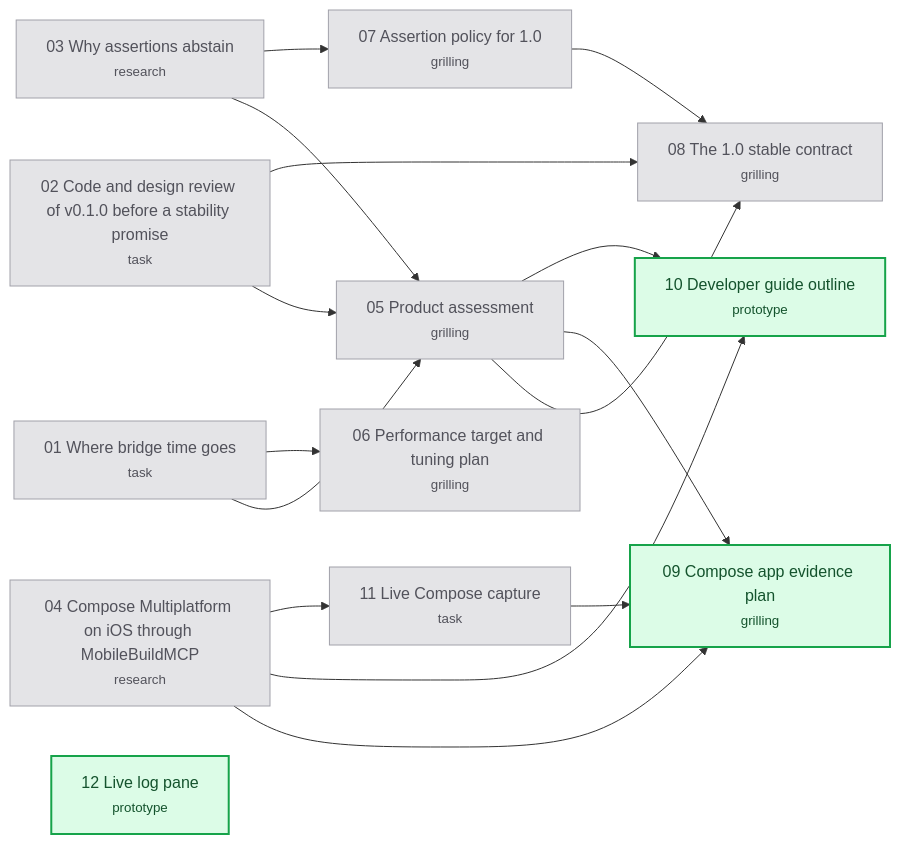
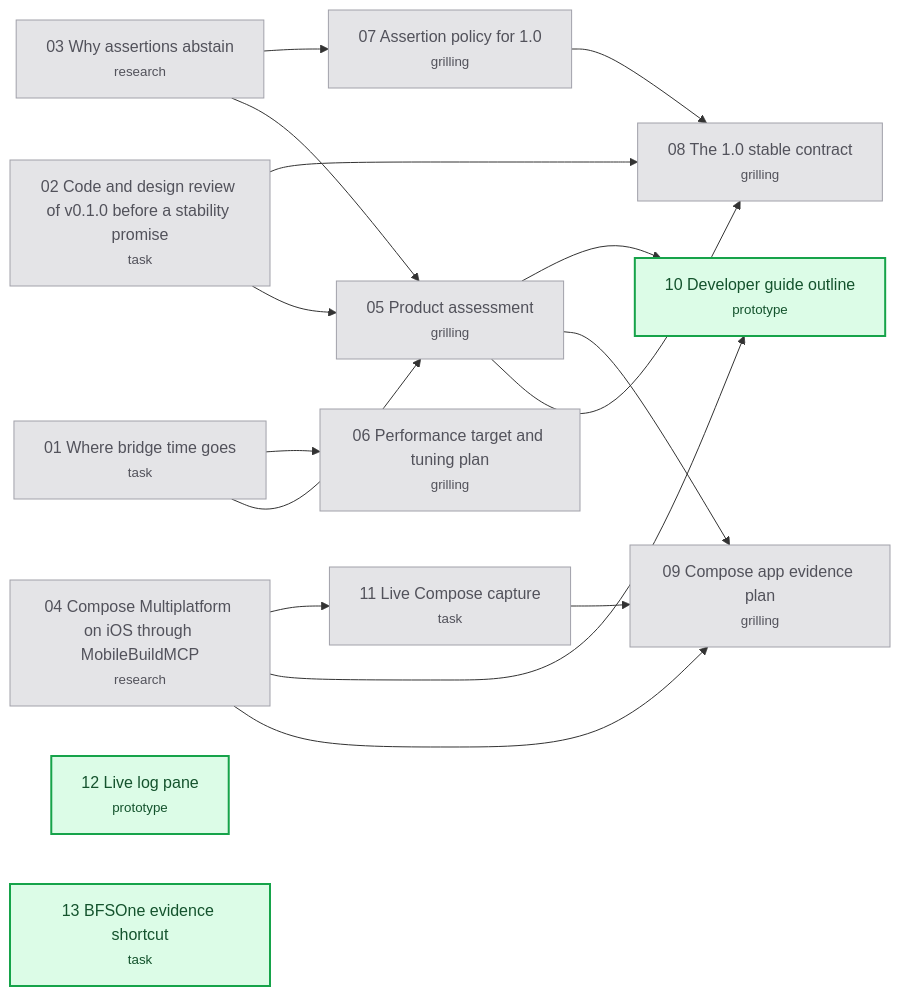
The diagram in .scratch/v1-release/map.md (hugues-vnsgn/jev-ios-bridge), drawn with Mermaid before and after one commit. The commit also changed other lines of this file and 3 other files, not shown here.

Commit message:
docs: plan the Compose evidence on BFSOne's gallery

````diff
--- a/.scratch/v1-release/map.md
+++ b/.scratch/v1-release/map.md
@@ -46,35 +47,36 @@
 ```mermaid
 flowchart LR
     T01["01 Where bridge time goes<br/><small>task</small>"]
     T02["02 Code and design review of v0.1.0 before a stability promise<br/><small>task</small>"]
     T03["03 Why assertions abstain<br/><small>research</small>"]
     T04["04 Compose Multiplatform on iOS through MobileBuildMCP<br/><small>research</small>"]
     T05["05 Product assessment<br/><small>grilling</small>"]
     T06["06 Performance target and tuning plan<br/><small>grilling</small>"]
     T07["07 Assertion policy for 1.0<br/><small>grilling</small>"]
     T08["08 The 1.0 stable contract<br/><small>grilling</small>"]
     T09["09 Compose app evidence plan<br/><small>grilling</small>"]
     T10["10 Developer guide outline<br/><small>prototype</small>"]
     T11["11 Live Compose capture<br/><small>task</small>"]
     T12["12 Live log pane<br/><small>prototype</small>"]
+    T13["13 BFSOne evidence shortcut<br/><small>task</small>"]
     T01 --> T05
     T02 --> T05
     T03 --> T05
     T01 --> T06
     T03 --> T07
     T02 --> T08
     T05 --> T08
     T07 --> T08
     T04 --> T09
     T05 --> T09
     T11 --> T09
     T04 --> T10
     T05 --> T10
     T04 --> T11
     classDef resolved fill:#e4e4e7,stroke:#a1a1aa,color:#52525b
     classDef claimed fill:#dbeafe,stroke:#2563eb,color:#1e3a8a
     classDef frontier fill:#dcfce7,stroke:#16a34a,color:#14532d,stroke-width:2px
     classDef blocked fill:#ffffff,stroke:#a1a1aa,color:#18181b
-    class T01,T02,T03,T04,T05,T06,T07,T08,T11 resolved
-    class T09,T10,T12 frontier
+    class T01,T02,T03,T04,T05,T06,T07,T08,T09,T11 resolved
+    class T10,T12,T13 frontier
 ```
````
